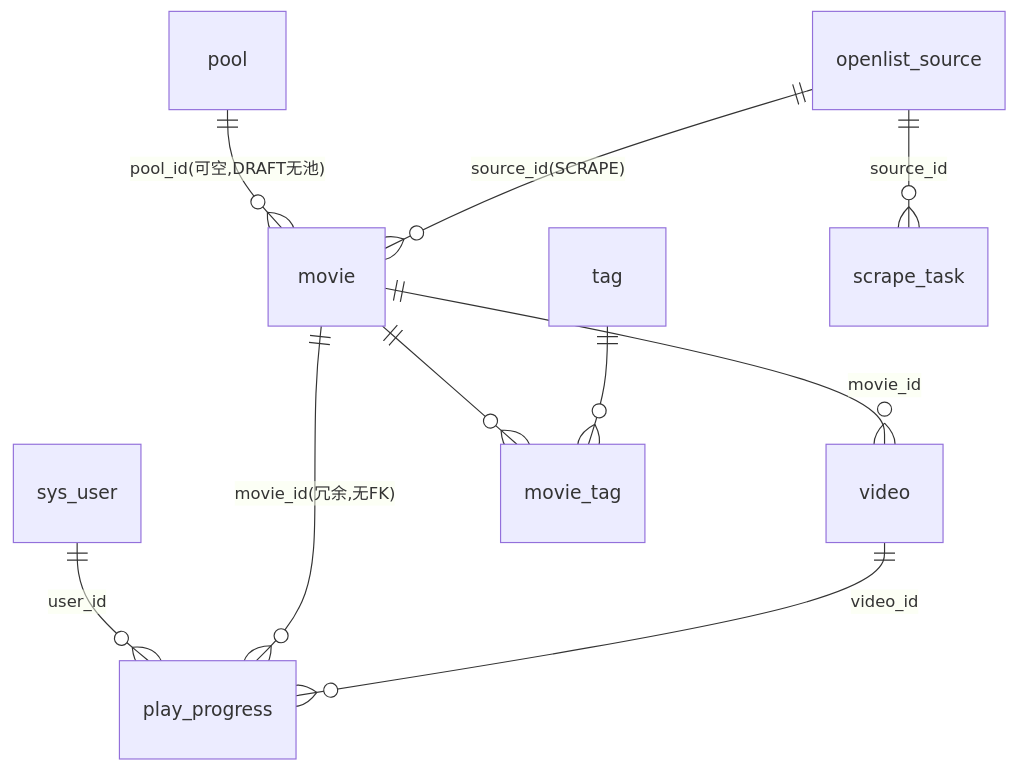
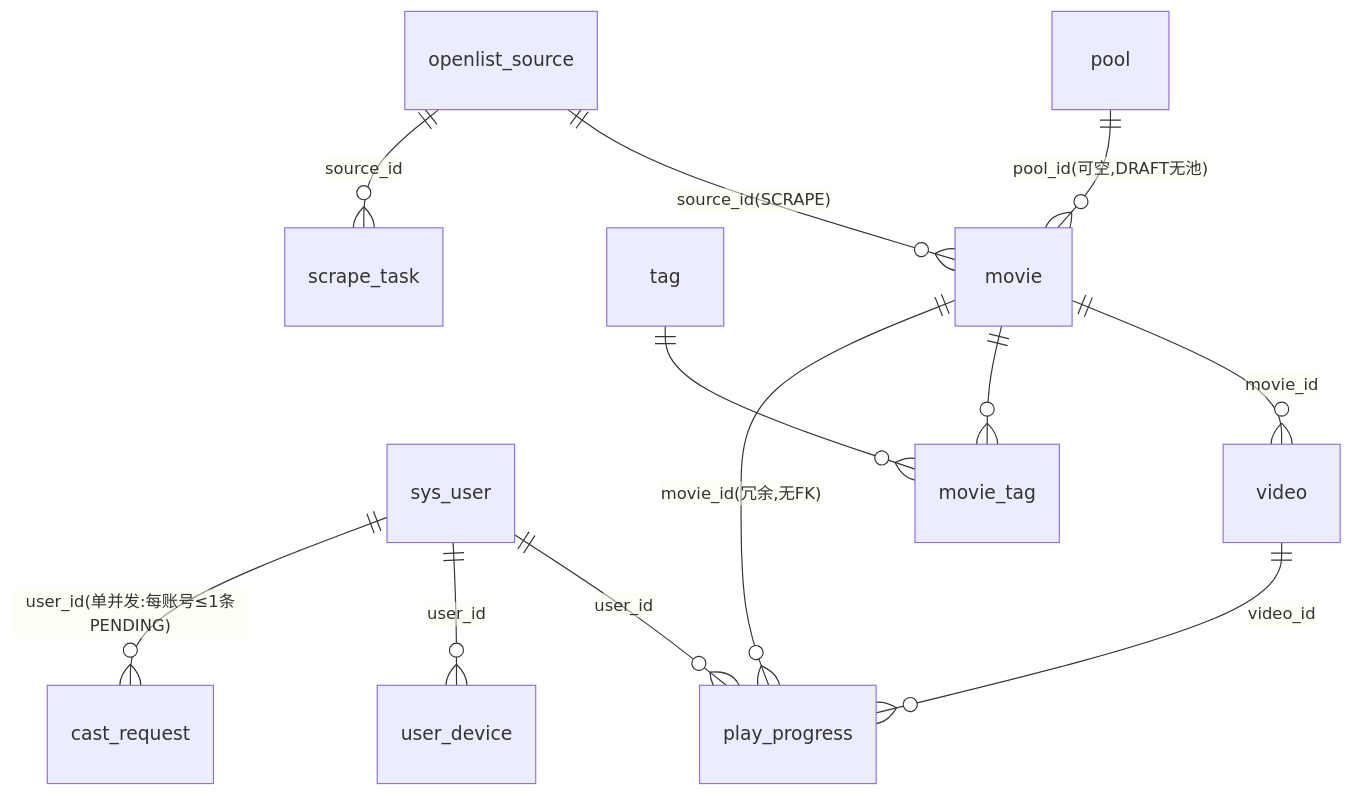
Before and after one commit to blueflower1/HyperMux: the diagram in docs/plans/10-data-model.md, drawn with Mermaid. The commit also changed other lines of this file and 55 other files, not shown here.

````diff
--- a/docs/plans/10-data-model.md
+++ b/docs/plans/10-data-model.md
@@ -23,12 +26,14 @@
 ```mermaid
 erDiagram
   sys_user ||--o{ play_progress : "user_id"
   pool ||--o{ movie : "pool_id(可空,DRAFT无池)"
   movie ||--o{ video : "movie_id"
   movie ||--o{ movie_tag : ""
   tag ||--o{ movie_tag : ""
   movie ||--o{ play_progress : "movie_id(冗余,无FK)"
   video ||--o{ play_progress : "video_id"
   openlist_source ||--o{ movie : "source_id(SCRAPE)"
   openlist_source ||--o{ scrape_task : "source_id"
+  sys_user ||--o{ user_device : "user_id"
+  sys_user ||--o{ cast_request : "user_id(单并发:每账号≤1条PENDING)"
 ```
````
